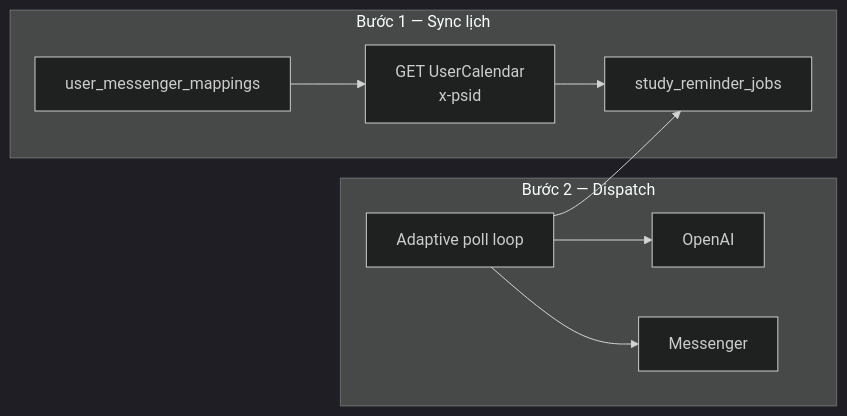
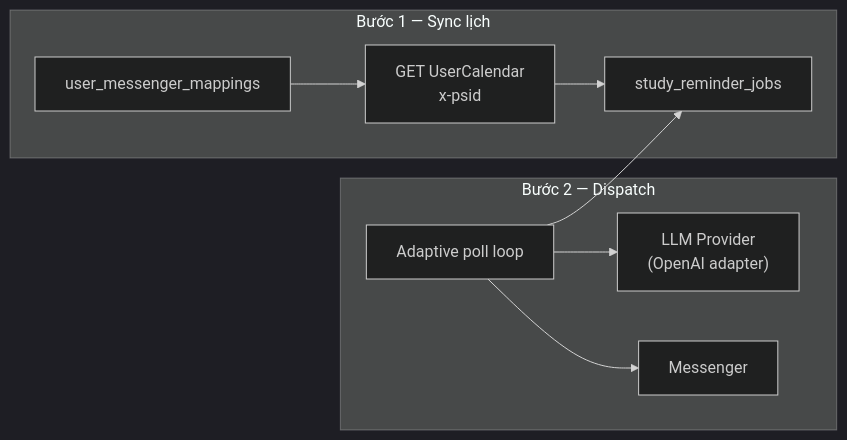
Before and after one commit to lengocanh2005it/messenger-ai-for-student: the first of 5 diagrams in apps/messenger-bot/docs/study-session-reminder.md, drawn with Mermaid (dark theme). The commit also changed 49 other files, not shown here.

First line of the commit message:
feat(llm-agent): implement provider abstraction — adapter pattern decouple LLM core from harness (#32)

````diff
--- a/apps/messenger-bot/docs/study-session-reminder.md
+++ b/apps/messenger-bot/docs/study-session-reminder.md
@@ -20,19 +20,19 @@
 ```mermaid
 flowchart LR
   subgraph Sync["Bước 1 — Sync lịch"]
     Cal["GET UserCalendar\nx-psid"]
     Map["user_messenger_mappings"]
     Jobs["study_reminder_jobs"]
     Map --> Cal
     Cal --> Jobs
   end
 
   subgraph Dispatch["Bước 2 — Dispatch"]
     Worker["Adaptive poll loop"]
-    LLM["OpenAI"]
+    LLM["LLM Provider\n(OpenAI adapter)"]
     FB["Messenger"]
     Worker --> Jobs
     Worker --> LLM
     Worker --> FB
   end
 ```
````
